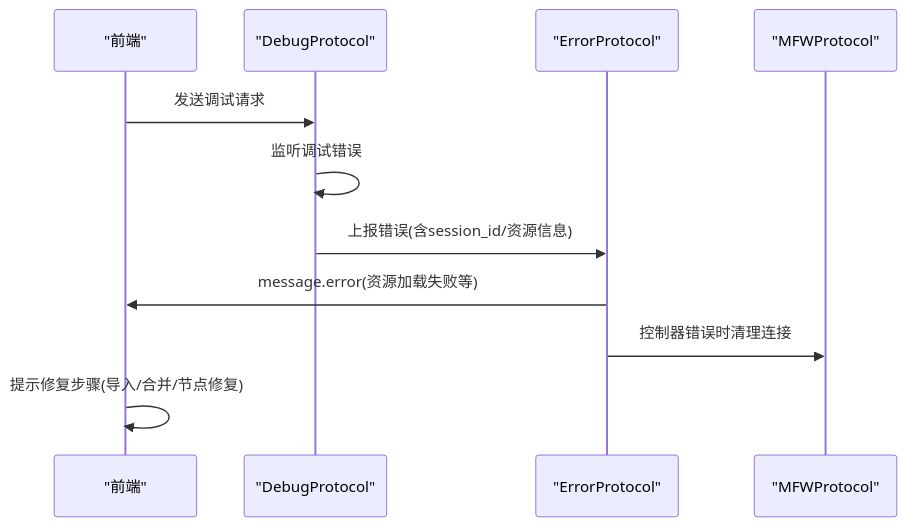
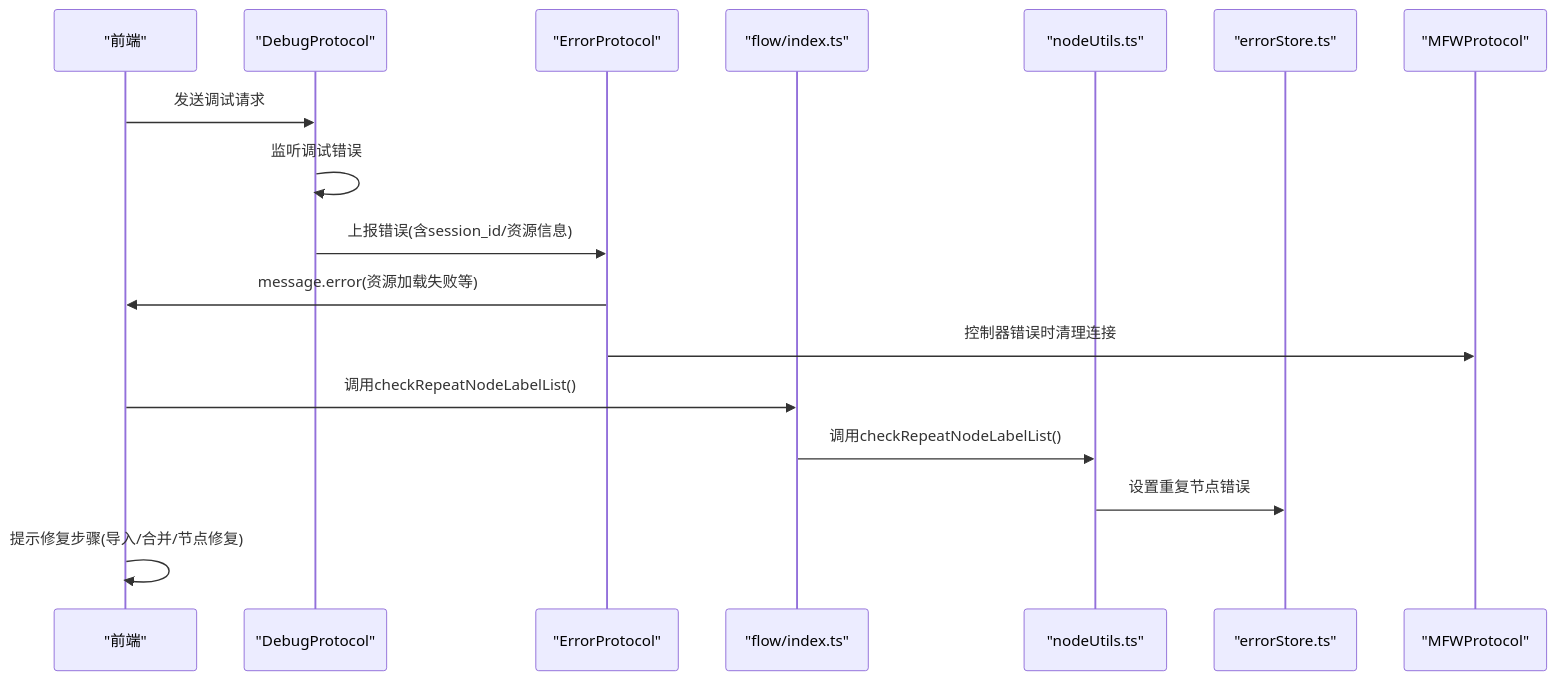
Before and after one commit to kqcoxn/MaaPipelineEditor: the fifth of 6 diagrams in .qoder/repowiki/zh/content/调试与诊断/错误诊断.md, drawn with Mermaid. The commit also changed other lines of this file and 16 other files, not shown here.

````diff
--- a/.qoder/repowiki/zh/content/调试与诊断/错误诊断.md
+++ b/.qoder/repowiki/zh/content/调试与诊断/错误诊断.md
@@ -267,13 +325,19 @@
 ```mermaid
 sequenceDiagram
 participant UI as "前端"
 participant DP as "DebugProtocol"
 participant EP as "ErrorProtocol"
+participant FS as "flow/index.ts"
+participant NU as "nodeUtils.ts"
+participant ES as "errorStore.ts"
 participant MFW as "MFWProtocol"
 UI->>DP : 发送调试请求
 DP->>DP : 监听调试错误
 DP->>EP : 上报错误(含session_id/资源信息)
 EP->>UI : message.error(资源加载失败等)
 EP->>MFW : 控制器错误时清理连接
+UI->>FS : 调用checkRepeatNodeLabelList()
+FS->>NU : 调用checkRepeatNodeLabelList()
+NU->>ES : 设置重复节点错误
 UI->>UI : 提示修复步骤(导入/合并/节点修复)
 ```
````
